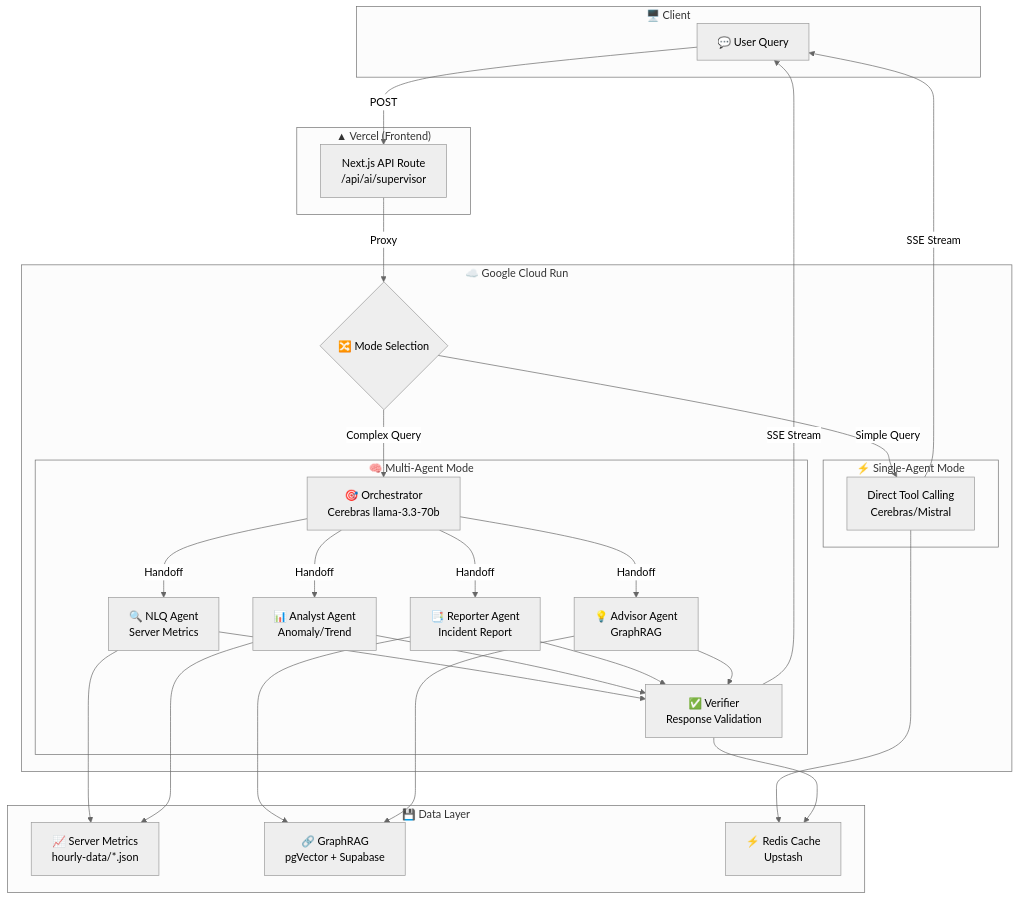
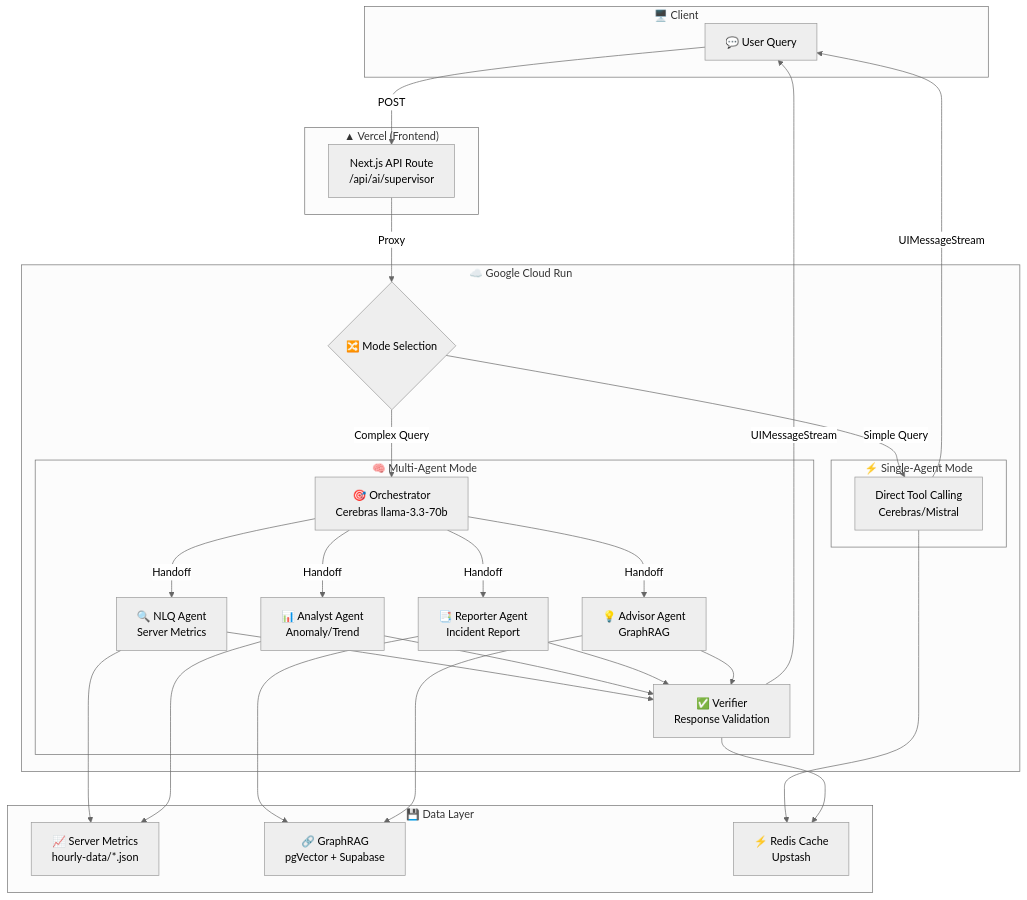
The diagram in docs/reference/architecture/ai/ai-engine-architecture.md (skyasu2/openmanager-vibe-v5), drawn with Mermaid (neutral theme) before and after one commit. The commit also changed other lines of this file and 1 other file, not shown here.

Commit message:
docs: update architecture diagrams for AI SDK v6.1.0
- Update Mermaid/ASCII diagrams: SSE Stream → UIMessageStream
- Update architecture version from v5.87.0 to v6.1.0
- Add AI SDK v6 Protocol layer (UIMessageStream, Resumable Stream v2)
- Update architecture-diagrams.data.ts version and AI card description
- Add new connections for v6 streaming flow

````diff
--- a/docs/reference/architecture/ai/ai-engine-architecture.md
+++ b/docs/reference/architecture/ai/ai-engine-architecture.md
@@ -193,59 +193,59 @@
 ```mermaid
 graph TD
     subgraph Client["🖥️ Client"]
         User["💬 User Query"]
     end
 
     subgraph Vercel["▲ Vercel (Frontend)"]
         API["Next.js API Route<br/>/api/ai/supervisor"]
     end
 
     subgraph CloudRun["☁️ Google Cloud Run"]
         ModeSelect{"🔀 Mode Selection"}
         
         subgraph SingleMode["⚡ Single-Agent Mode"]
             SingleAgent["Direct Tool Calling<br/>Cerebras/Mistral"]
         end
         
         subgraph MultiMode["🧠 Multi-Agent Mode"]
             Orchestrator["🎯 Orchestrator<br/>Cerebras llama-3.3-70b"]
             NLQ["🔍 NLQ Agent<br/>Server Metrics"]
             Analyst["📊 Analyst Agent<br/>Anomaly/Trend"]
             Reporter["📑 Reporter Agent<br/>Incident Report"]
             Advisor["💡 Advisor Agent<br/>GraphRAG"]
             Verifier["✅ Verifier<br/>Response Validation"]
         end
     end
 
     subgraph DataLayer["💾 Data Layer"]
         Metrics["📈 Server Metrics<br/>hourly-data/*.json"]
         RAG["🔗 GraphRAG<br/>pgVector + Supabase"]
         Cache["⚡ Redis Cache<br/>Upstash"]
     end
 
     User -->|POST| API
     API -->|Proxy| ModeSelect
     ModeSelect -->|Simple Query| SingleAgent
     ModeSelect -->|Complex Query| Orchestrator
     
     Orchestrator -->|Handoff| NLQ
     Orchestrator -->|Handoff| Analyst
     Orchestrator -->|Handoff| Reporter
     Orchestrator -->|Handoff| Advisor
     
     NLQ --> Metrics
     Analyst --> Metrics
     Reporter --> RAG
     Advisor --> RAG
     
     NLQ --> Verifier
     Analyst --> Verifier
     Reporter --> Verifier
     Advisor --> Verifier
     
     SingleAgent --> Cache
     Verifier --> Cache
     
-    SingleAgent -->|SSE Stream| User
-    Verifier -->|SSE Stream| User
+    SingleAgent -->|UIMessageStream| User
+    Verifier -->|UIMessageStream| User
 ```
````
